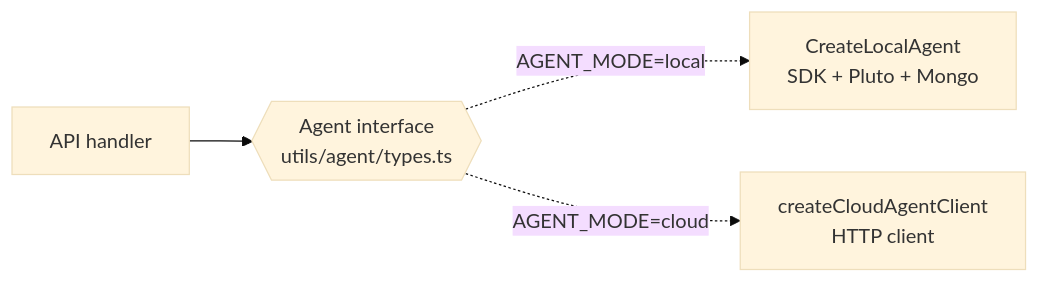
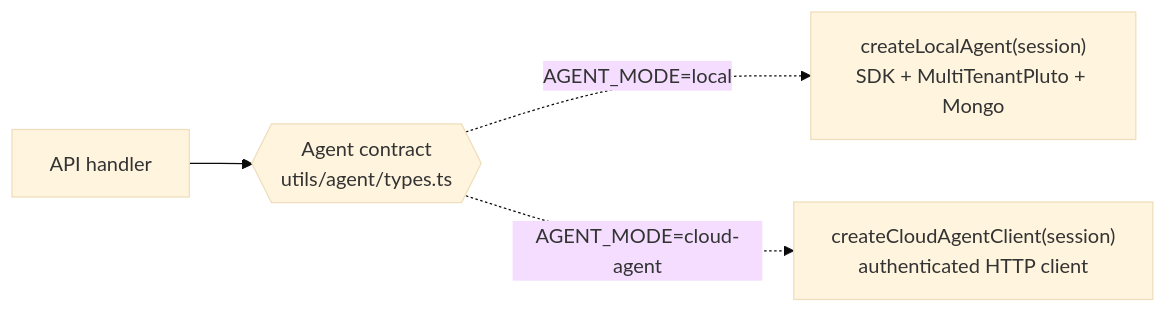
Before and after one commit to hyperledger-identus/identity-portal: the third of 4 diagrams in docs/architecture.md, drawn with Mermaid (base theme). The commit also changed other lines of this file and 5 other files, not shown here.

First line of the commit message:
docs: refresh architecture and local-development for multi-tenancy, auth, and Phase 2

````diff
--- a/docs/architecture.md
+++ b/docs/architecture.md
@@ -79,6 +121,6 @@
 ```mermaid
 flowchart LR
-  caller["API handler"] --> iface{{"Agent interface<br/>utils/agent/types.ts"}}
-  iface -. "AGENT_MODE=local" .-> local["CreateLocalAgent<br/>SDK + Pluto + Mongo"]
-  iface -. "AGENT_MODE=cloud" .-> cloud["createCloudAgentClient<br/>HTTP client"]
+  caller["API handler"] --> iface{{"Agent contract<br/>utils/agent/types.ts"}}
+  iface -. "AGENT_MODE=local" .-> local["createLocalAgent(session)<br/>SDK + MultiTenantPluto + Mongo"]
+  iface -. "AGENT_MODE=cloud-agent" .-> cloud["createCloudAgentClient(session)<br/>authenticated HTTP client"]
 ```
````
